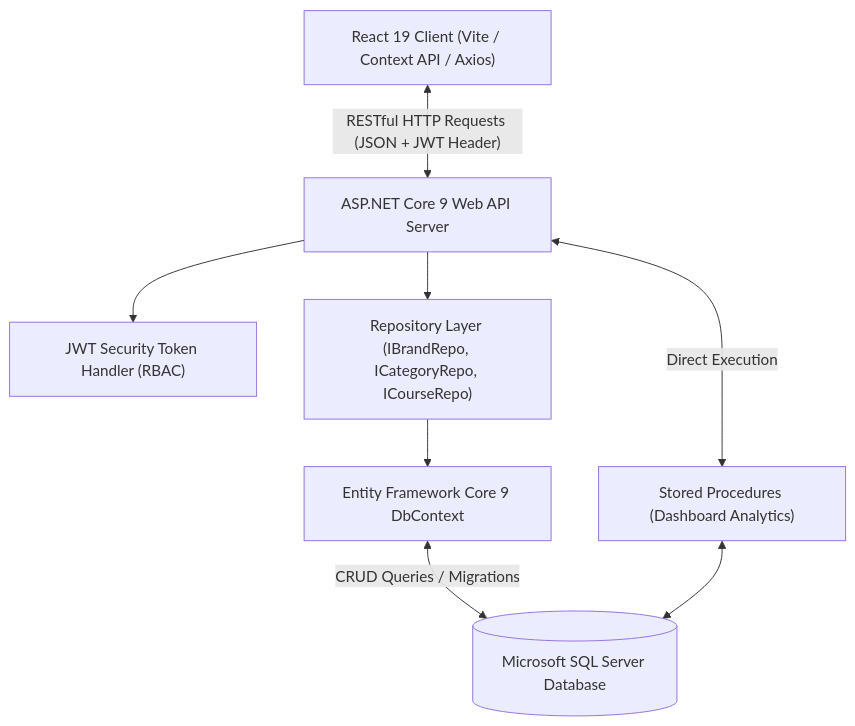
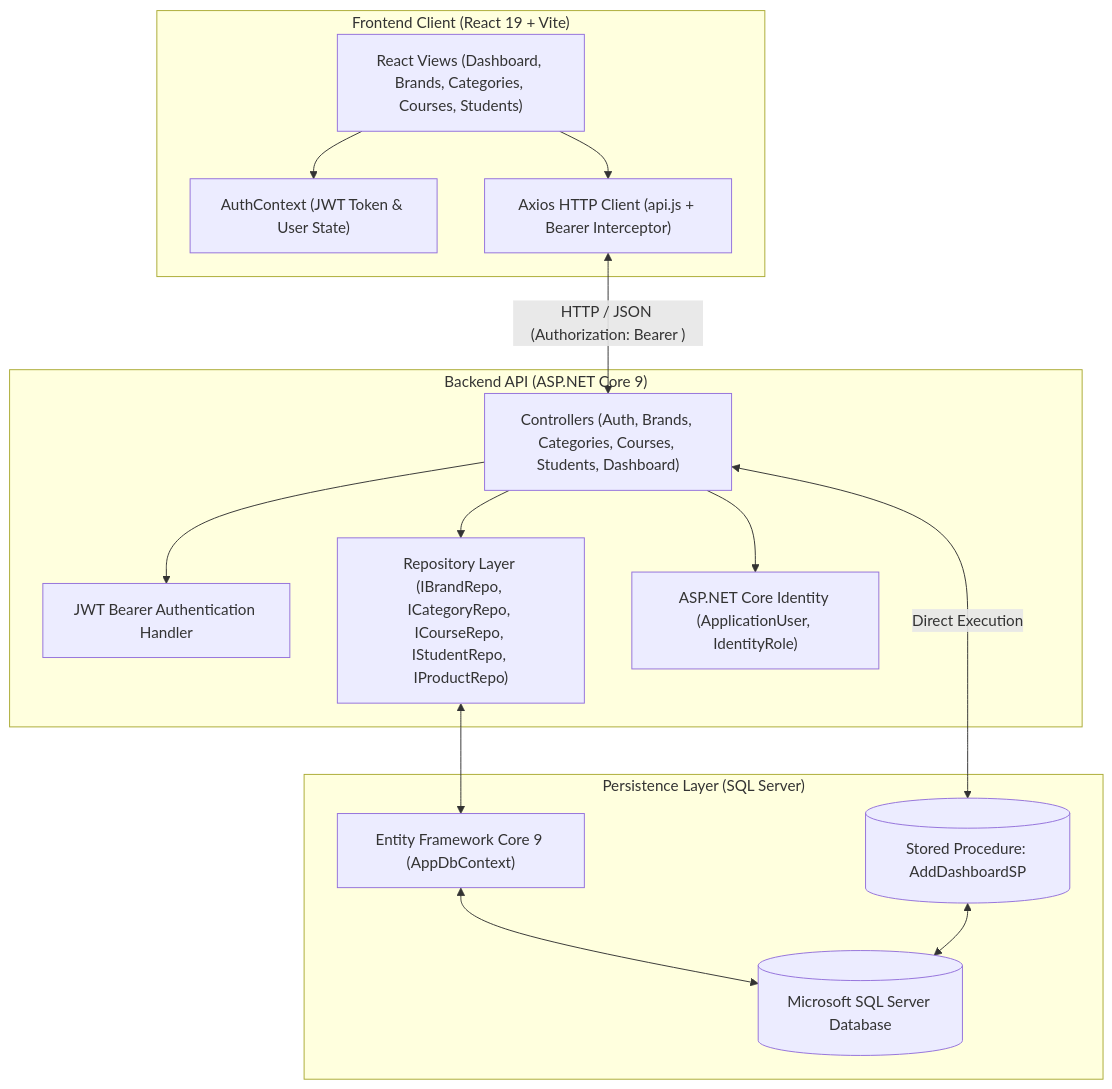
The first of 3 diagrams in README.md (Zafff-e/ProductCatalog-React-AspNetCore9-SPA), drawn with Mermaid before and after one commit. The commit also changed other lines of this file and 7 other files, not shown here.

````diff
--- a/README.md
+++ b/README.md
@@ -29,18 +73,32 @@
 ```mermaid
 graph TD
-    Client["React 19 Client (Vite / Context API / Axios)"]
-    API["ASP.NET Core 9 Web API Server"]
-    Auth["JWT Security Token Handler (RBAC)"]
-    Repo["Repository Layer (IBrandRepo, ICategoryRepo, ICourseRepo)"]
-    EF["Entity Framework Core 9 DbContext"]
-    DB[("Microsoft SQL Server Database")]
-    SP["Stored Procedures (Dashboard Analytics)"]
+    subgraph Client["Frontend Client (React 19 + Vite)"]
+        UI["React Views (Dashboard, Brands, Categories, Courses, Students)"]
+        AuthCtx["AuthContext (JWT Token & User State)"]
+        AxiosClient["Axios HTTP Client (api.js + Bearer Interceptor)"]
+    end
 
-    Client <-->|"RESTful HTTP Requests (JSON + JWT Header)"| API
-    API --> Auth
-    API --> Repo
-    Repo --> EF
-    EF <-->|"CRUD Queries / Migrations"| DB
-    API <-->|"Direct Execution"| SP
-    SP <--> DB
+    subgraph API["Backend API (ASP.NET Core 9)"]
+        Controllers["Controllers (Auth, Brands, Categories, Courses, Students, Dashboard)"]
+        JWTMw["JWT Bearer Authentication Handler"]
+        RepoLayer["Repository Layer (IBrandRepo, ICategoryRepo, ICourseRepo, IStudentRepo, IProductRepo)"]
+        Identity["ASP.NET Core Identity (ApplicationUser, IdentityRole)"]
+    end
+
+    subgraph Data["Persistence Layer (SQL Server)"]
+        EFCore["Entity Framework Core 9 (AppDbContext)"]
+        SQLServer[("Microsoft SQL Server Database")]
+        StoredProc[("Stored Procedure: AddDashboardSP")]
+    end
+
+    UI --> AuthCtx
+    UI --> AxiosClient
+    AxiosClient <-->|"HTTP / JSON (Authorization: Bearer <token>)"| Controllers
+    Controllers --> JWTMw
+    Controllers --> Identity
+    Controllers --> RepoLayer
+    RepoLayer <--> EFCore
+    EFCore <--> SQLServer
+    Controllers <-->|"Direct Execution"| StoredProc
+    StoredProc <--> SQLServer
 ```
````
